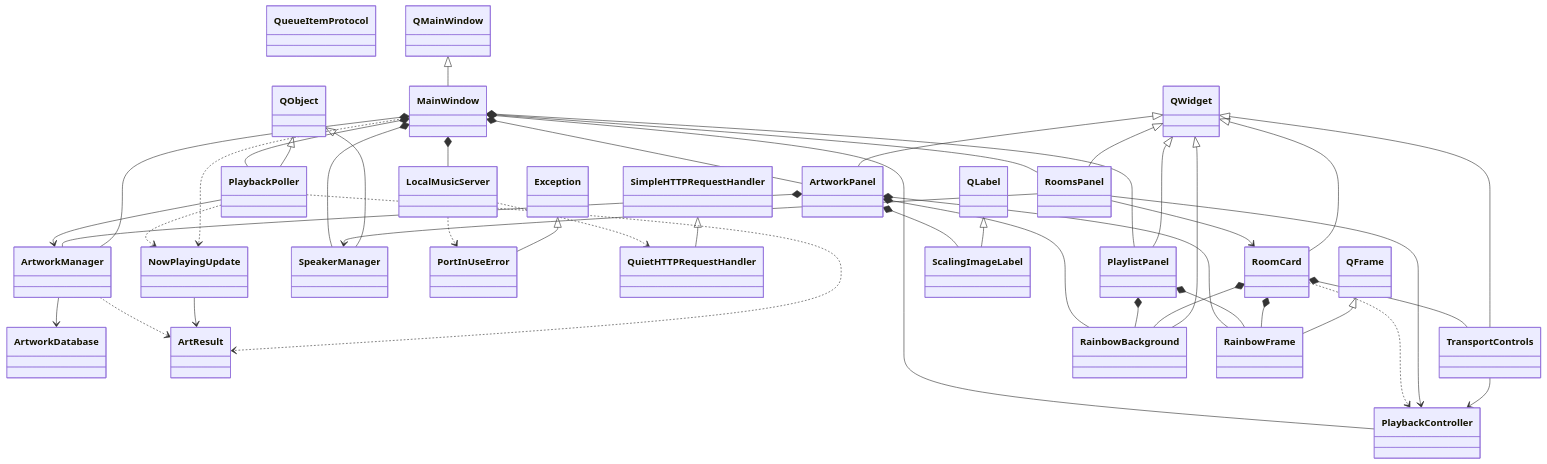
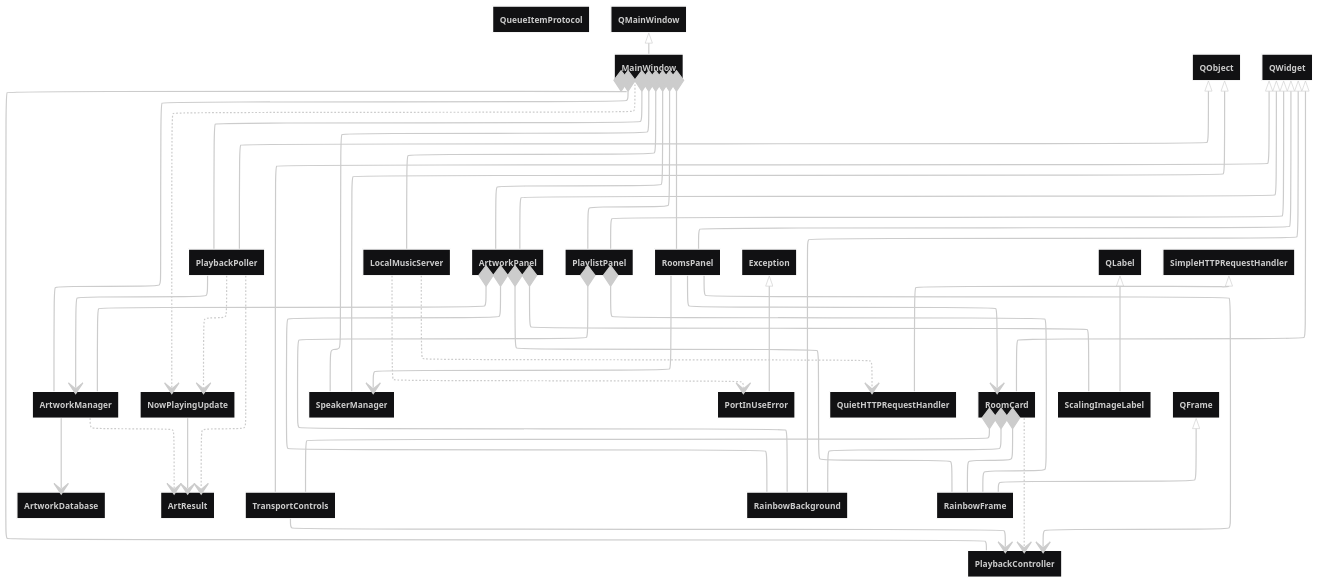
One commit to SpikeyMikie/Sonos_Rescue changed the fourth of 5 diagrams in docs/architecture.md. Above: the diagram before and after it, drawn with Mermaid. The commit also changed other lines of this file and 7 other files, not shown here.

First line of the commit message:
docs: configure themes and layouts for each diagram

````diff
--- a/docs/architecture.md
+++ b/docs/architecture.md
@@ -251,74 +266,81 @@
 ```mermaid
+---
+config:
+    layout: elk
+    theme: redux-dark-color
+    class:
+        hideEmptyMembersBox: true
+---
 classDiagram
     class class_module_sonos__rescue_database_database_ArtworkDatabase["ArtworkDatabase"]
     class class_module_sonos__rescue_managers_artwork__manager_ArtResult["ArtResult"]
     class class_module_sonos__rescue_managers_artwork__manager_ArtworkManager["ArtworkManager"]
     class class_module_sonos__rescue_managers_playback__controller_PlaybackController["PlaybackController"]
     class class_module_sonos__rescue_managers_playback__poller_NowPlayingUpdate["NowPlayingUpdate"]
     class class_module_sonos__rescue_managers_playback__poller_PlaybackPoller["PlaybackPoller"]
     class class_module_sonos__rescue_managers_speaker__manager_SpeakerManager["SpeakerManager"]
     class class_module_sonos__rescue_services_local__music__server_LocalMusicServer["LocalMusicServer"]
     class class_module_sonos__rescue_services_local__music__server_PortInUseError["PortInUseError"]
     class class_module_sonos__rescue_services_local__music__server_QuietHTTPRequestHandler["QuietHTTPRequestHandler"]
     class class_module_sonos__rescue_ui_artwork__panel_ArtworkPanel["ArtworkPanel"]
     class class_module_sonos__rescue_ui_main__window_MainWindow["MainWindow"]
     class class_module_sonos__rescue_ui_main__window_QueueItemProtocol["QueueItemProtocol"]
     class class_module_sonos__rescue_ui_playlist__panel_PlaylistPanel["PlaylistPanel"]
     class class_module_sonos__rescue_ui_room__card_RoomCard["RoomCard"]
     class class_module_sonos__rescue_ui_rooms__panel_RoomsPanel["RoomsPanel"]
     class class_module_sonos__rescue_ui_transport__controls_TransportControls["TransportControls"]
     class class_module_sonos__rescue_ui_widgets_rainbow__background_RainbowBackground["RainbowBackground"]
     class class_module_sonos__rescue_ui_widgets_rainbow__frame_RainbowFrame["RainbowFrame"]
     class class_module_sonos__rescue_ui_widgets_scaling__image__label_ScalingImageLabel["ScalingImageLabel"]
     class external_module_Exception["Exception"]
     class external_module_QFrame["QFrame"]
     class external_module_QLabel["QLabel"]
     class external_module_QMainWindow["QMainWindow"]
     class external_module_QObject["QObject"]
     class external_module_QWidget["QWidget"]
     class external_module_SimpleHTTPRequestHandler["SimpleHTTPRequestHandler"]
     class_module_sonos__rescue_managers_artwork__manager_ArtworkManager --> class_module_sonos__rescue_database_database_ArtworkDatabase
     class_module_sonos__rescue_managers_artwork__manager_ArtworkManager ..> class_module_sonos__rescue_managers_artwork__manager_ArtResult
     class_module_sonos__rescue_managers_playback__poller_NowPlayingUpdate --> class_module_sonos__rescue_managers_artwork__manager_ArtResult
     class_module_sonos__rescue_managers_playback__poller_PlaybackPoller ..> class_module_sonos__rescue_managers_artwork__manager_ArtResult
     class_module_sonos__rescue_managers_playback__poller_PlaybackPoller --> class_module_sonos__rescue_managers_artwork__manager_ArtworkManager
     class_module_sonos__rescue_managers_playback__poller_PlaybackPoller ..> class_module_sonos__rescue_managers_playback__poller_NowPlayingUpdate
     class_module_sonos__rescue_services_local__music__server_LocalMusicServer ..> class_module_sonos__rescue_services_local__music__server_PortInUseError
     class_module_sonos__rescue_services_local__music__server_LocalMusicServer ..> class_module_sonos__rescue_services_local__music__server_QuietHTTPRequestHandler
     class_module_sonos__rescue_ui_artwork__panel_ArtworkPanel *-- class_module_sonos__rescue_managers_artwork__manager_ArtworkManager
     class_module_sonos__rescue_ui_artwork__panel_ArtworkPanel *-- class_module_sonos__rescue_ui_widgets_rainbow__background_RainbowBackground
     class_module_sonos__rescue_ui_artwork__panel_ArtworkPanel *-- class_module_sonos__rescue_ui_widgets_rainbow__frame_RainbowFrame
     class_module_sonos__rescue_ui_artwork__panel_ArtworkPanel *-- class_module_sonos__rescue_ui_widgets_scaling__image__label_ScalingImageLabel
     class_module_sonos__rescue_ui_main__window_MainWindow *-- class_module_sonos__rescue_managers_artwork__manager_ArtworkManager
     class_module_sonos__rescue_ui_main__window_MainWindow *-- class_module_sonos__rescue_managers_playback__controller_PlaybackController
     class_module_sonos__rescue_ui_main__window_MainWindow ..> class_module_sonos__rescue_managers_playback__poller_NowPlayingUpdate
     class_module_sonos__rescue_ui_main__window_MainWindow *-- class_module_sonos__rescue_managers_playback__poller_PlaybackPoller
     class_module_sonos__rescue_ui_main__window_MainWindow *-- class_module_sonos__rescue_managers_speaker__manager_SpeakerManager
     class_module_sonos__rescue_ui_main__window_MainWindow *-- class_module_sonos__rescue_services_local__music__server_LocalMusicServer
     class_module_sonos__rescue_ui_main__window_MainWindow *-- class_module_sonos__rescue_ui_artwork__panel_ArtworkPanel
     class_module_sonos__rescue_ui_main__window_MainWindow *-- class_module_sonos__rescue_ui_playlist__panel_PlaylistPanel
     class_module_sonos__rescue_ui_main__window_MainWindow *-- class_module_sonos__rescue_ui_rooms__panel_RoomsPanel
     class_module_sonos__rescue_ui_playlist__panel_PlaylistPanel *-- class_module_sonos__rescue_ui_widgets_rainbow__background_RainbowBackground
     class_module_sonos__rescue_ui_playlist__panel_PlaylistPanel *-- class_module_sonos__rescue_ui_widgets_rainbow__frame_RainbowFrame
     class_module_sonos__rescue_ui_room__card_RoomCard ..> class_module_sonos__rescue_managers_playback__controller_PlaybackController
     class_module_sonos__rescue_ui_room__card_RoomCard *-- class_module_sonos__rescue_ui_transport__controls_TransportControls
     class_module_sonos__rescue_ui_room__card_RoomCard *-- class_module_sonos__rescue_ui_widgets_rainbow__background_RainbowBackground
     class_module_sonos__rescue_ui_room__card_RoomCard *-- class_module_sonos__rescue_ui_widgets_rainbow__frame_RainbowFrame
     class_module_sonos__rescue_ui_rooms__panel_RoomsPanel --> class_module_sonos__rescue_managers_playback__controller_PlaybackController
     class_module_sonos__rescue_ui_rooms__panel_RoomsPanel --> class_module_sonos__rescue_managers_speaker__manager_SpeakerManager
     class_module_sonos__rescue_ui_rooms__panel_RoomsPanel --> class_module_sonos__rescue_ui_room__card_RoomCard
     class_module_sonos__rescue_ui_transport__controls_TransportControls --> class_module_sonos__rescue_managers_playback__controller_PlaybackController
     external_module_QObject <|-- class_module_sonos__rescue_managers_playback__poller_PlaybackPoller
     external_module_QObject <|-- class_module_sonos__rescue_managers_speaker__manager_SpeakerManager
     external_module_Exception <|-- class_module_sonos__rescue_services_local__music__server_PortInUseError
     external_module_SimpleHTTPRequestHandler <|-- class_module_sonos__rescue_services_local__music__server_QuietHTTPRequestHandler
     external_module_QWidget <|-- class_module_sonos__rescue_ui_artwork__panel_ArtworkPanel
     external_module_QMainWindow <|-- class_module_sonos__rescue_ui_main__window_MainWindow
     external_module_QWidget <|-- class_module_sonos__rescue_ui_playlist__panel_PlaylistPanel
     external_module_QWidget <|-- class_module_sonos__rescue_ui_room__card_RoomCard
     external_module_QWidget <|-- class_module_sonos__rescue_ui_rooms__panel_RoomsPanel
     external_module_QWidget <|-- class_module_sonos__rescue_ui_transport__controls_TransportControls
     external_module_QWidget <|-- class_module_sonos__rescue_ui_widgets_rainbow__background_RainbowBackground
     external_module_QFrame <|-- class_module_sonos__rescue_ui_widgets_rainbow__frame_RainbowFrame
     external_module_QLabel <|-- class_module_sonos__rescue_ui_widgets_scaling__image__label_ScalingImageLabel
 ```
````
